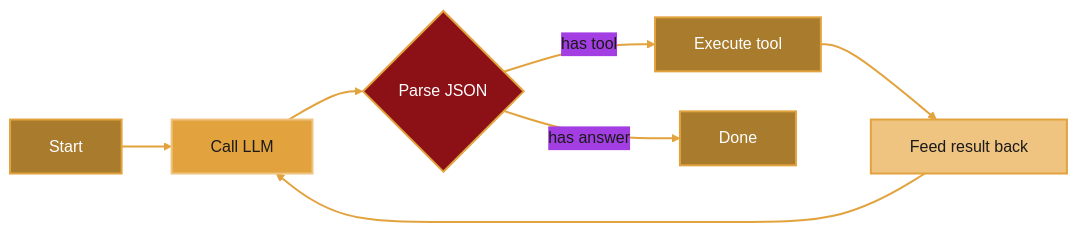
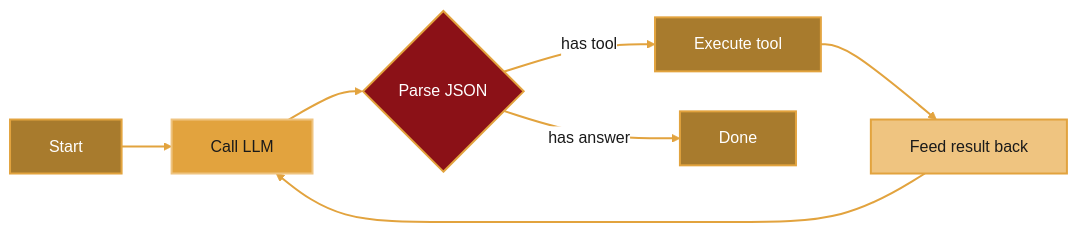
The second of 3 diagrams in docs/cpp/overview.mdx (amd/gaia), drawn with Mermaid before and after one commit. The commit also changed other lines of this file and 124 other files, not shown here.

First line of the commit message:
docs: full documentation audit (accuracy, dark-mode diagrams, persona review) (#1982)

````diff
--- a/docs/cpp/overview.mdx
+++ b/docs/cpp/overview.mdx
@@ -71,18 +71,18 @@
 ```mermaid
-%%{init: {'theme':'base', 'themeVariables': { 'primaryColor':'#E2A33E', 'fontSize':'16px', 'lineColor':'#E2A33E', 'primaryTextColor':'#1a1a1a'}, 'flowchart': {'curve': 'basis', 'nodeSpacing': 40}}}%%
+%%{init: {'theme':'base', 'themeVariables': { 'primaryColor':'#E2A33E', 'primaryTextColor':'#1a1a1a', 'primaryBorderColor':'#A87B2D', 'lineColor':'#A87B2D', 'edgeLabelBackground':'#ffffff', 'fontFamily':'system-ui, -apple-system, sans-serif'}, 'flowchart': {'curve': 'basis', 'nodeSpacing': 40}}}%%
 graph LR
     S["&nbsp;&nbsp;Start&nbsp;&nbsp;"] --> A["&nbsp;&nbsp;Call LLM&nbsp;&nbsp;"]
     A --> B{"&nbsp;&nbsp;Parse JSON&nbsp;&nbsp;"}
     B -->|"has tool"| C["&nbsp;&nbsp;Execute tool&nbsp;&nbsp;"]
     C --> D["&nbsp;&nbsp;Feed result back&nbsp;&nbsp;"]
     D --> A
     B -->|"has answer"| E["&nbsp;&nbsp;Done&nbsp;&nbsp;"]
 
     style S fill:#A87B2D,stroke:#E2A33E,stroke-width:2px,color:#fff
     style A fill:#E2A33E,stroke:#EFC480,stroke-width:2px,color:#1a1a1a
     style B fill:#8B1117,stroke:#E2A33E,stroke-width:2px,color:#fff
     style C fill:#A87B2D,stroke:#E2A33E,stroke-width:2px,color:#fff
     style D fill:#EFC480,stroke:#E2A33E,stroke-width:2px,color:#1a1a1a
     style E fill:#A87B2D,stroke:#E2A33E,stroke-width:2px,color:#fff
     linkStyle default stroke:#E2A33E,stroke-width:2px
 ```
````
